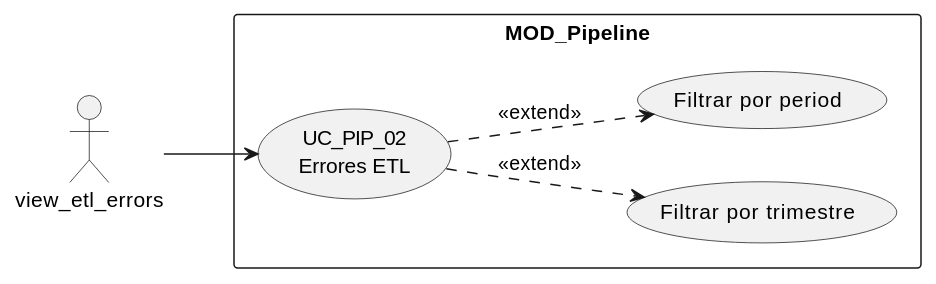
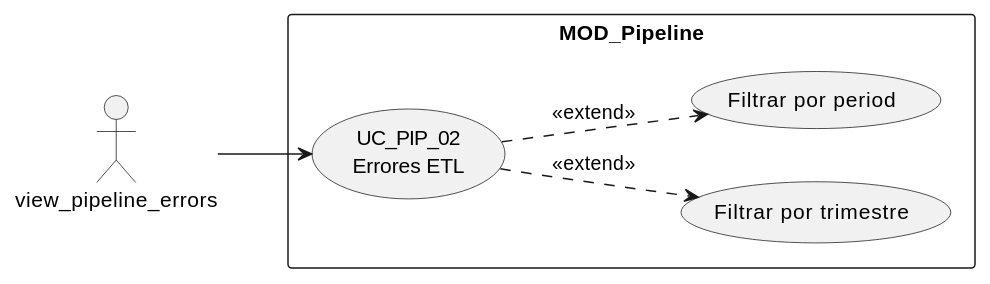
Before and after one commit to jcg-admin/IACT-docs: the first of 4 diagrams in source/requisitos/casos-uso/pipeline/uc-pip-02/diagramas-uml.rst, drawn with PlantUML. The commit also changed other lines of this file and 157 other files, not shown here.

First line of the commit message:
Enforce catalog function names across all diagrams

```diff
--- a/source/requisitos/casos-uso/pipeline/uc-pip-02/diagramas-uml.rst
+++ b/source/requisitos/casos-uso/pipeline/uc-pip-02/diagramas-uml.rst
@@ -10,14 +10,14 @@
 .. uml::
 
  @startuml
  left to right direction
- actor "view_etl_errors" as USR
+ actor "view_pipeline_errors" as USR
  rectangle "MOD_Pipeline" {
    usecase "UC_PIP_02\nErrores ETL" as UC02
    usecase "Filtrar por trimestre" as FT
    usecase "Filtrar por period" as FP
  }
  USR --> UC02
  UC02 ..> FT : <<extend>>
  UC02 ..> FP : <<extend>>
  @enduml
```
